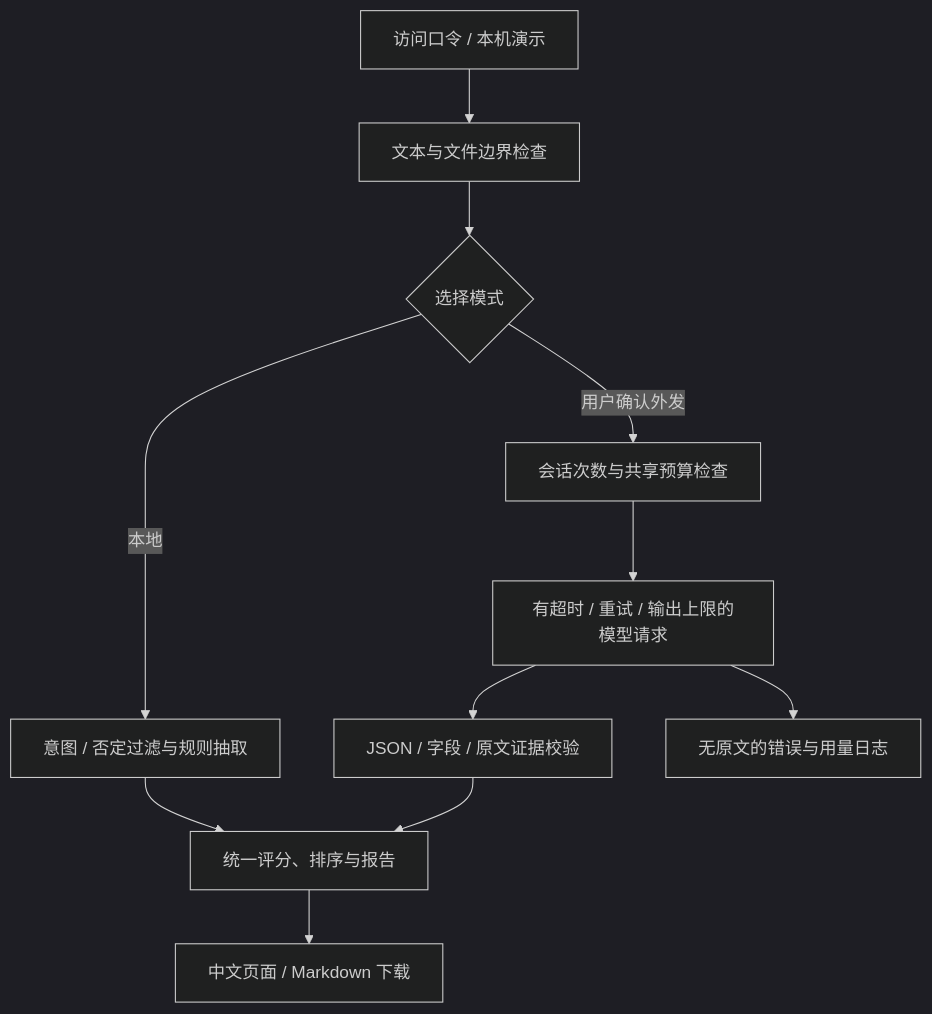
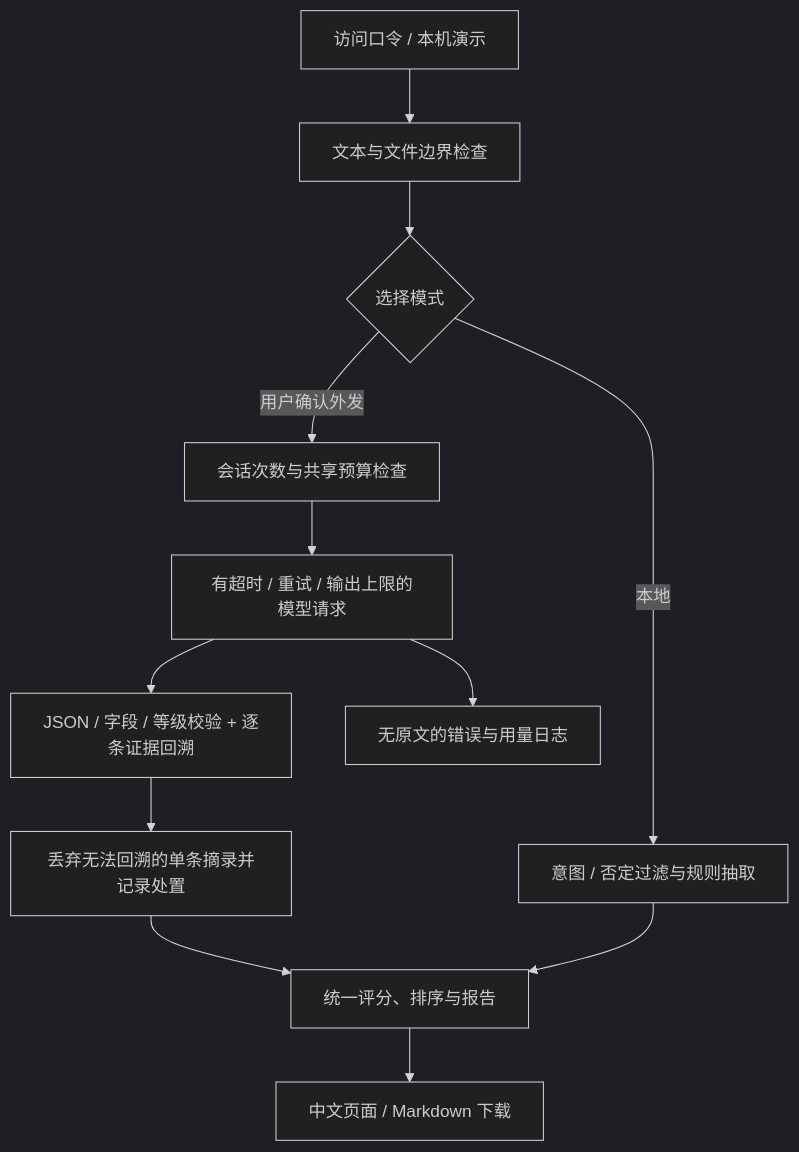
One commit to sunan404/ai-business-solution-agent changed the diagram in README.md. Above: the diagram before and after it, drawn with Mermaid (dark theme). The commit also changed other lines of this file and 28 other files, not shown here.

````diff
--- a/README.md
+++ b/README.md
@@ -42,13 +44,14 @@
 ```mermaid
 flowchart TD
     A[访问口令 / 本机演示] --> B[文本与文件边界检查]
     B --> C{选择模式}
     C -->|本地| D[意图 / 否定过滤与规则抽取]
     C -->|用户确认外发| E[会话次数与共享预算检查]
     E --> F[有超时 / 重试 / 输出上限的模型请求]
-    F --> G[JSON / 字段 / 原文证据校验]
+    F --> G[JSON / 字段 / 等级校验 + 逐条证据回溯]
+    G --> G2[丢弃无法回溯的单条摘录并记录处置]
+    G2 --> H
     D --> H[统一评分、排序与报告]
-    G --> H
     H --> I[中文页面 / Markdown 下载]
     F --> J[无原文的错误与用量日志]
 ```
````
